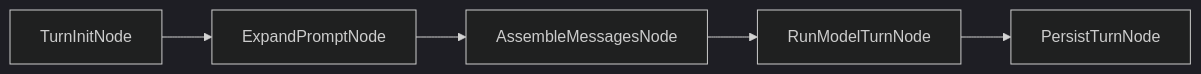
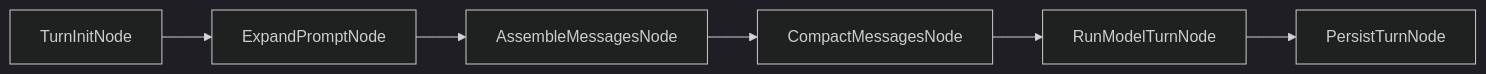
The first of 2 diagrams in docs/chat-pipeline.md (kshehadeh/toby), drawn with Mermaid (dark theme) before and after one commit. The commit also changed other lines of this file and 18 other files, not shown here.

First line of the commit message:
feat(chat-pipeline): compact context before model turns

````diff
--- a/docs/chat-pipeline.md
+++ b/docs/chat-pipeline.md
@@ -20,7 +20,8 @@
 ```mermaid
 flowchart LR
   init[TurnInitNode] --> expand[ExpandPromptNode]
   expand --> assemble[AssembleMessagesNode]
-  assemble --> run[RunModelTurnNode]
+  assemble --> compact[CompactMessagesNode]
+  compact --> run[RunModelTurnNode]
   run --> persist[PersistTurnNode]
 ```
````
